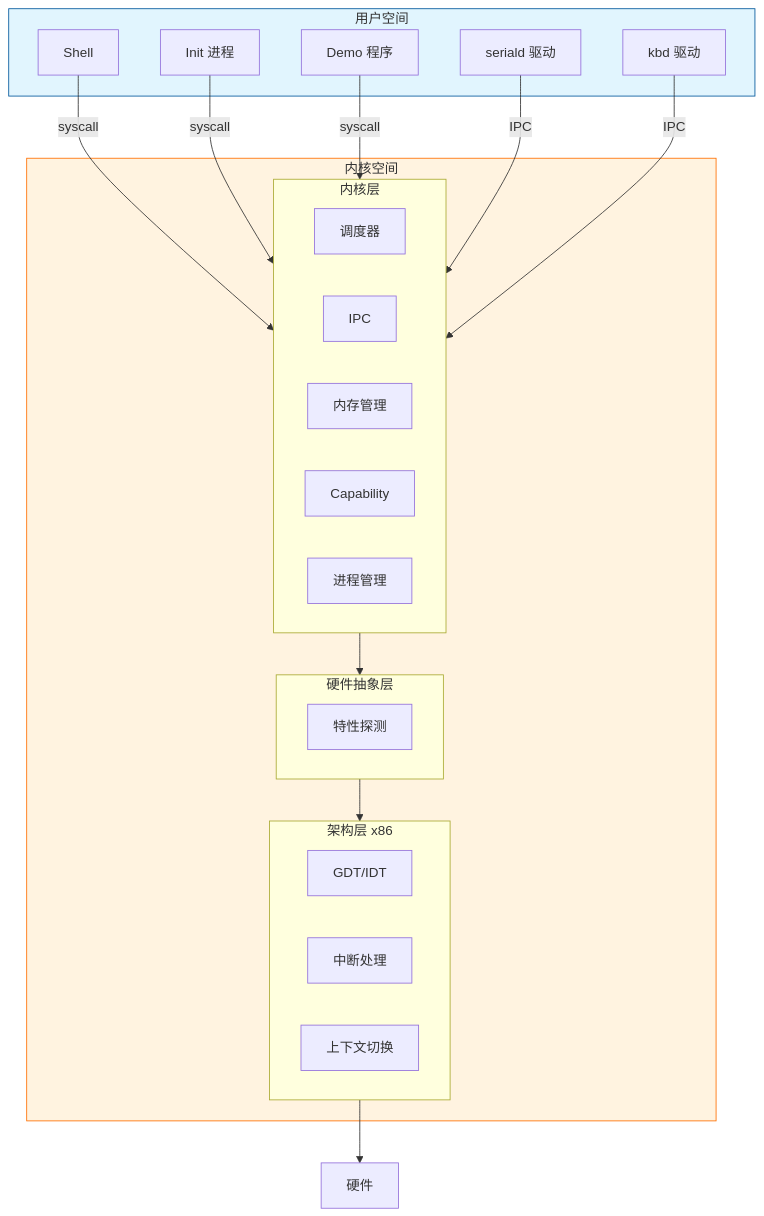
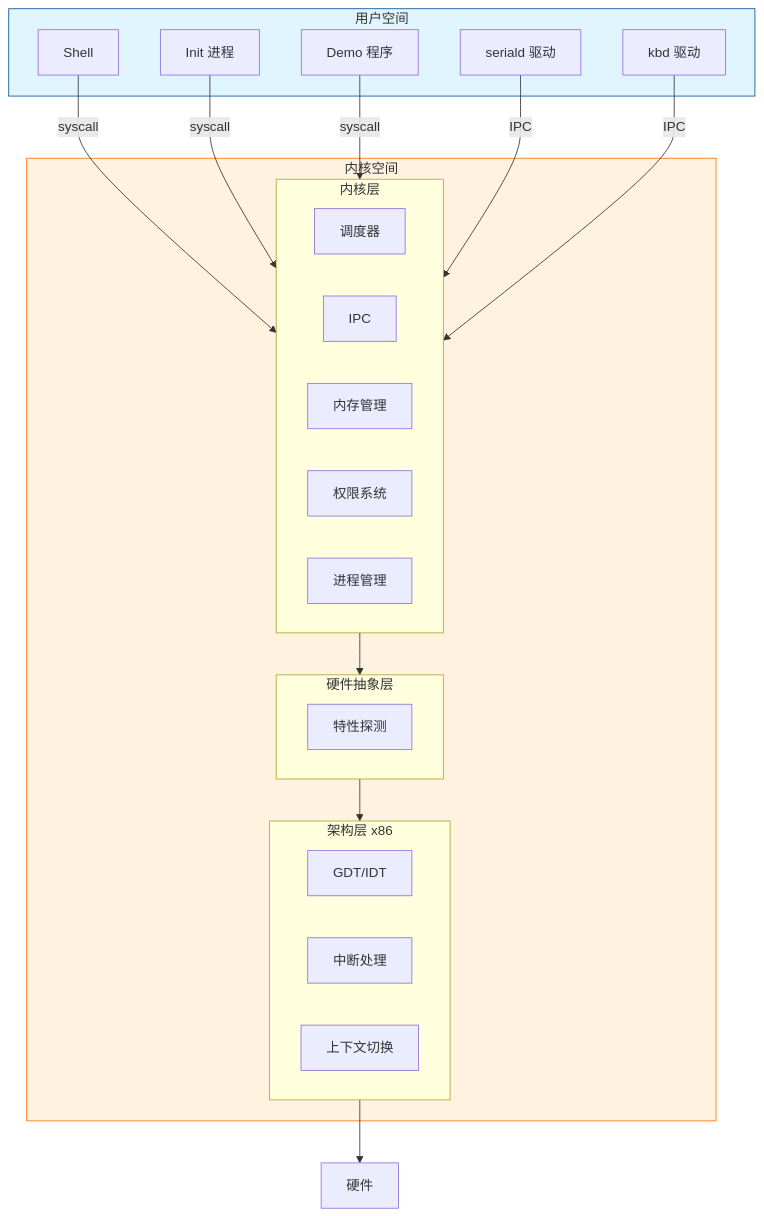
Before and after one commit to SH-XiaoXiu/xnix: the first of 3 diagrams in README.md, drawn with Mermaid. The commit also changed other lines of this file and 119 other files, not shown here.

````diff
--- a/README.md
+++ b/README.md
@@ -164,39 +165,39 @@
 ```mermaid
 graph TD
     subgraph UserSpace["用户空间"]
         Shell[Shell]
         Init[Init 进程]
         SerialD[seriald 驱动]
         KbdD[kbd 驱动]
         Demo[Demo 程序]
     end
 
     subgraph KernelSpace["内核空间"]
         subgraph Kernel["内核层"]
             Sched[调度器]
             IPC[IPC]
             MM[内存管理]
-            Cap[Capability]
+            Perms[权限系统]
             Proc[进程管理]
         end
 
         subgraph HAL["硬件抽象层"]
             Feature[特性探测]
         end
 
         subgraph Arch["架构层 x86"]
             GDT[GDT/IDT]
             IRQ[中断处理]
             Ctx[上下文切换]
         end
     end
 
     Hardware[硬件]
 
     Shell & Init & Demo -->|syscall| Kernel
     SerialD & KbdD -->|IPC| Kernel
     Kernel --> HAL --> Arch --> Hardware
 
     style UserSpace fill:#e1f5fe,stroke:#01579b
     style KernelSpace fill:#fff3e0,stroke:#ff6f00
 ```
````
